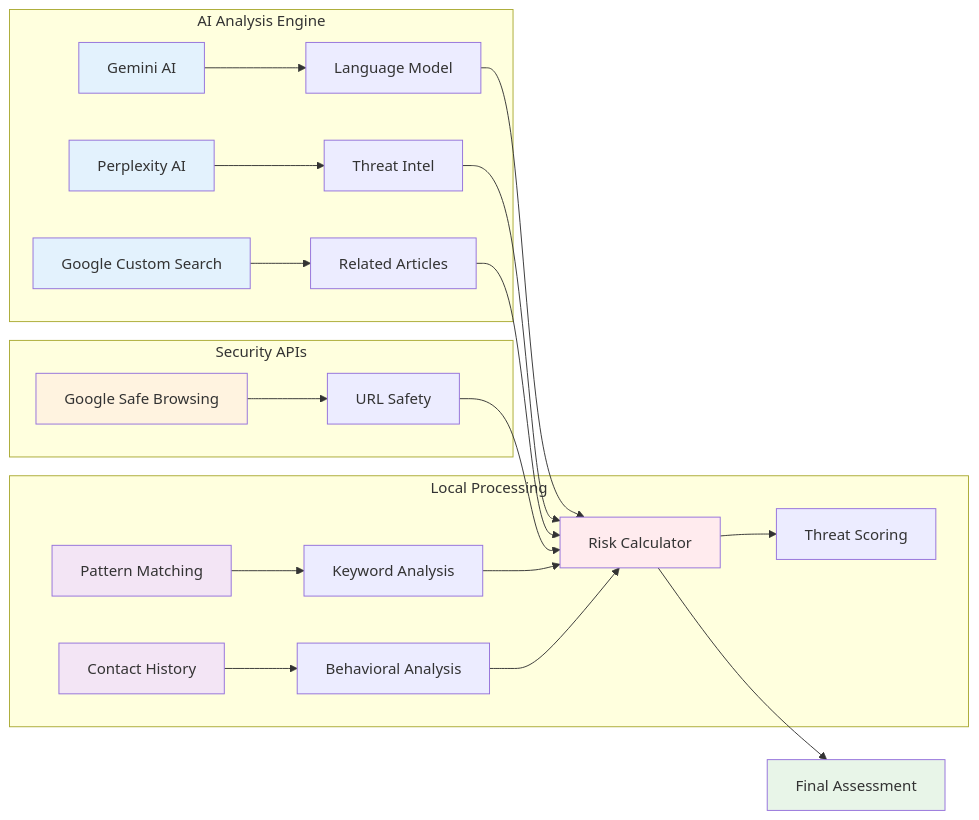
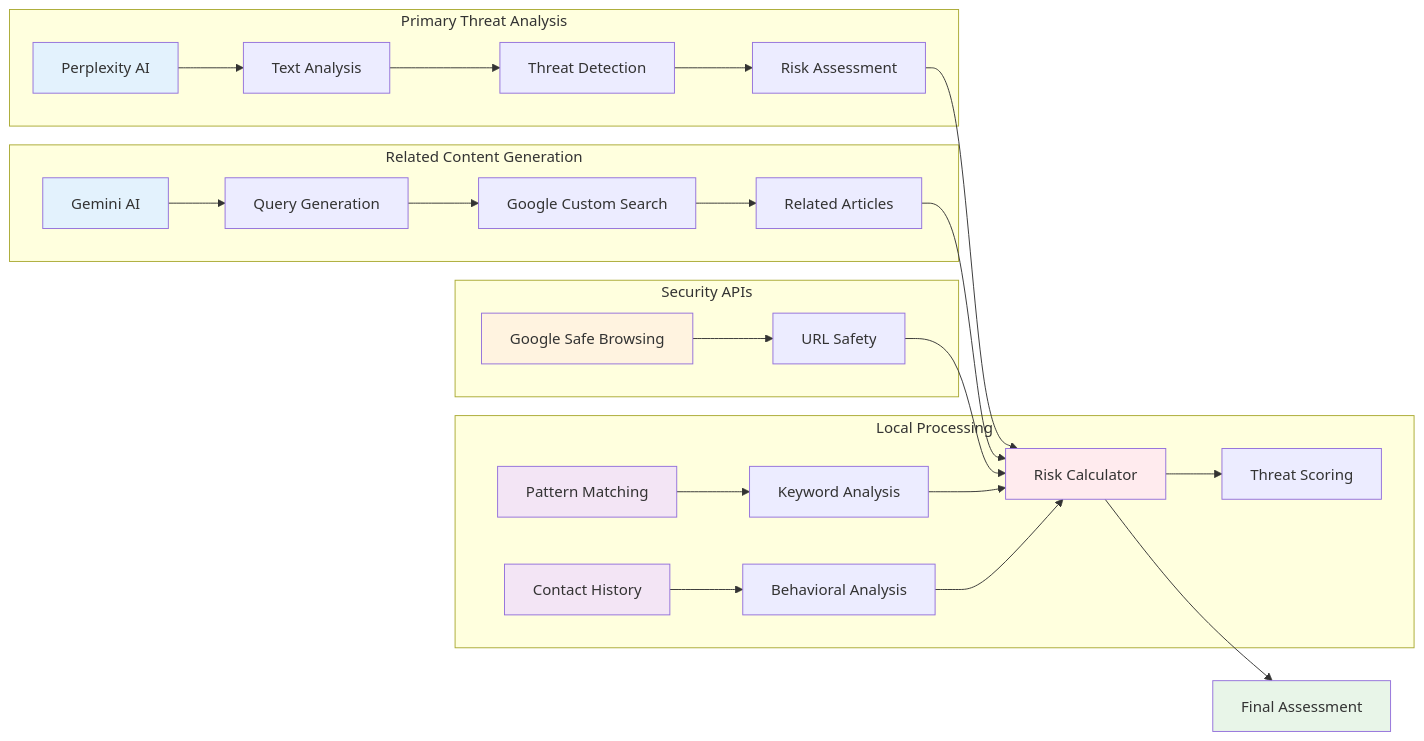
The diagram in docs/ai-components.md (realatc/tsv3), drawn with Mermaid before and after one commit. The commit also changed other lines of this file and 2 other files, not shown here.

Commit message:
Update documentation to properly show Gemini and Perplexity AI usage in workflow

````diff
--- a/docs/ai-components.md
+++ b/docs/ai-components.md
@@ -9,36 +9,40 @@
 ```mermaid
 graph LR
-    subgraph "AI Analysis Engine"
-        A[Gemini AI] --> B[Language Model]
-        C[Perplexity AI] --> D[Threat Intel]
-        E[Google Custom Search] --> F[Related Articles]
+    subgraph "Primary Threat Analysis"
+        A[Perplexity AI] --> B[Text Analysis]
+        B --> C[Threat Detection]
+        C --> D[Risk Assessment]
+    end
+    
+    subgraph "Related Content Generation"
+        E[Gemini AI] --> F[Query Generation]
+        F --> G[Google Custom Search]
+        G --> H[Related Articles]
     end
     
     subgraph "Security APIs"
-        G[Google Safe Browsing] --> H[URL Safety]
+        I[Google Safe Browsing] --> J[URL Safety]
     end
     
     subgraph "Local Processing"
-        M[Pattern Matching] --> N[Keyword Analysis]
-        O[Contact History] --> P[Behavioral Analysis]
-        Q[Risk Calculator] --> R[Threat Scoring]
+        K[Pattern Matching] --> L[Keyword Analysis]
+        M[Contact History] --> N[Behavioral Analysis]
+        O[Risk Calculator] --> P[Threat Scoring]
     end
     
-    B --> Q
-    D --> Q
-    F --> Q
-    H --> Q
-    N --> Q
-    P --> Q
+    D --> O
+    H --> O
+    J --> O
+    L --> O
+    N --> O
     
-    Q --> S[Final Assessment]
+    O --> Q[Final Assessment]
     
     style A fill:#e3f2fd
-    style C fill:#e3f2fd
     style E fill:#e3f2fd
-    style G fill:#fff3e0
+    style I fill:#fff3e0
+    style K fill:#f3e5f5
     style M fill:#f3e5f5
-    style O fill:#f3e5f5
-    style Q fill:#ffebee
-    style S fill:#e8f5e8
+    style O fill:#ffebee
+    style Q fill:#e8f5e8
 ```
````
